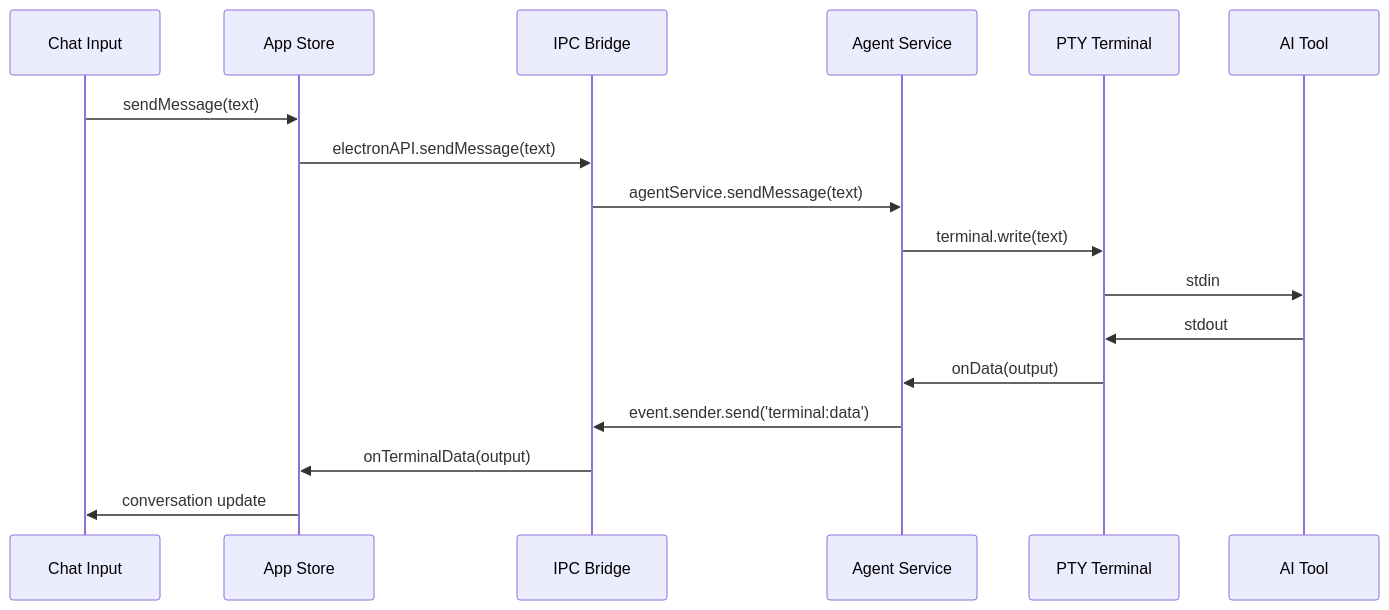
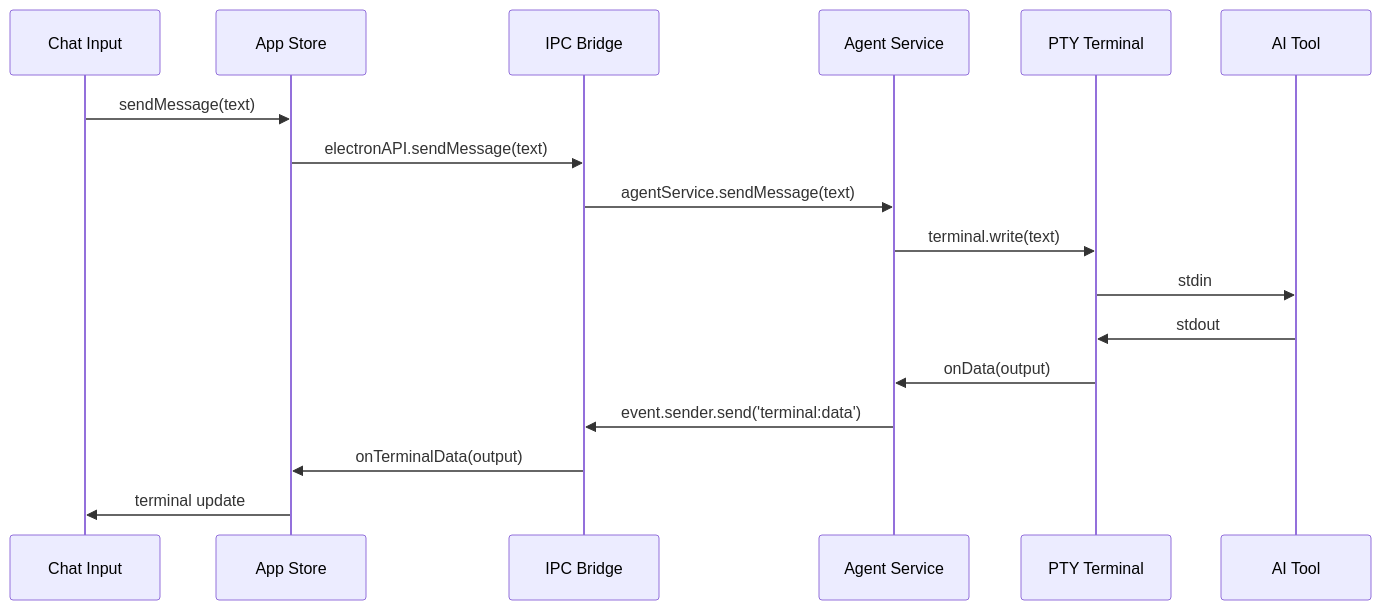
Before and after one commit to keonho-kim/EasyCLIAgent: the second of 4 diagrams in docs/architecture.md, drawn with Mermaid. The commit also changed other lines of this file and 26 other files, not shown here.

````diff
--- a/docs/architecture.md
+++ b/docs/architecture.md
@@ -112,20 +107,20 @@
 ```mermaid
 sequenceDiagram
     participant UI as Chat Input
     participant Store as App Store
     participant IPC as IPC Bridge
     participant Service as Agent Service
     participant Terminal as PTY Terminal
     participant AI as AI Tool
 
     UI->>Store: sendMessage(text)
     Store->>IPC: electronAPI.sendMessage(text)
     IPC->>Service: agentService.sendMessage(text)
     Service->>Terminal: terminal.write(text)
     Terminal->>AI: stdin
     AI->>Terminal: stdout
     Terminal->>Service: onData(output)
     Service->>IPC: event.sender.send('terminal:data')
     IPC->>Store: onTerminalData(output)
-    Store->>UI: conversation update
+    Store->>UI: terminal update
 ```
````
